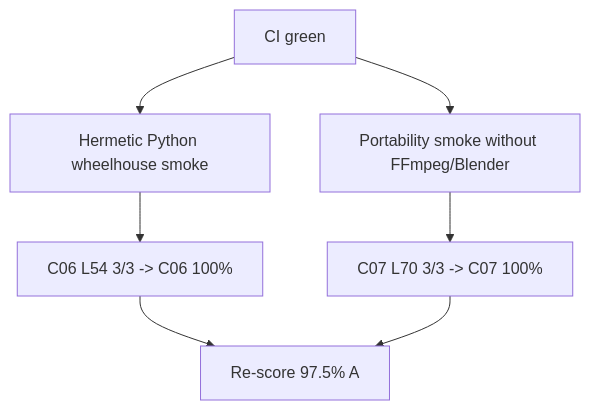
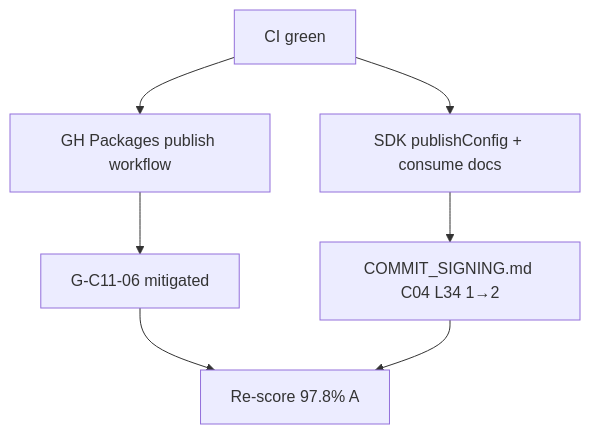
One commit to KooshaPari/Melosviz changed the diagram in docs/WORK_DAG.md. Above: the diagram before and after it, drawn with Mermaid. The commit also changed other lines of this file and 19 other files, not shown here.

First line of the commit message:
wave/p1o: GitHub Packages SDK publish workflow + consume docs (97.8% A) (#155)

````diff
--- a/docs/WORK_DAG.md
+++ b/docs/WORK_DAG.md
@@ -5,9 +5,9 @@
 ```mermaid
 flowchart TD
-  A[CI green] --> B[Hermetic Python wheelhouse smoke]
-  A --> C[Portability smoke without FFmpeg/Blender]
-  B --> D[C06 L54 3/3 -> C06 100%]
-  C --> E[C07 L70 3/3 -> C07 100%]
-  D --> F[Re-score 97.5% A]
+  A[CI green] --> B[GH Packages publish workflow]
+  A --> C[SDK publishConfig + consume docs]
+  B --> D[G-C11-06 mitigated]
+  C --> E[COMMIT_SIGNING.md C04 L34 1→2]
+  D --> F[Re-score 97.8% A]
   E --> F
 ```
````
